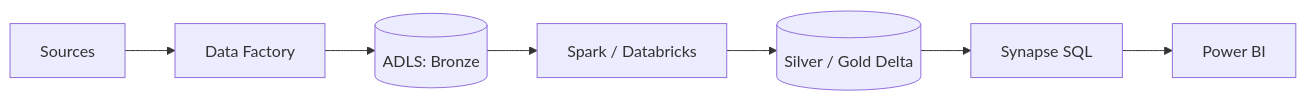
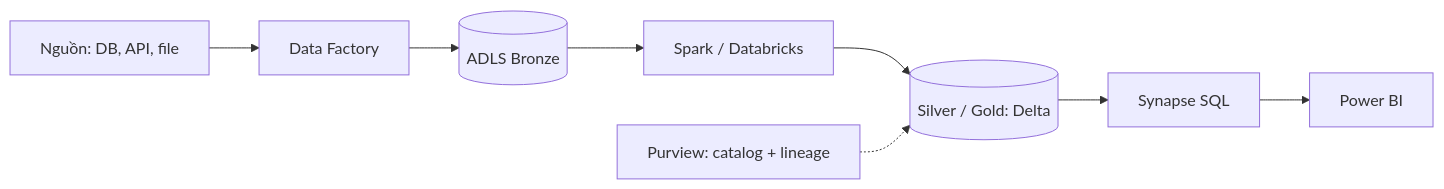
Before and after one commit to passion-Infinity/personal-tech-playbook: the diagram in src/assets/knowledge/playbooks/azure/azure-data-platform.md, drawn with Mermaid. The commit also changed other lines of this file and 6 other files, not shown here.

````diff
--- a/src/assets/knowledge/playbooks/azure/azure-data-platform.md
+++ b/src/assets/knowledge/playbooks/azure/azure-data-platform.md
@@ -17,6 +37,7 @@
 ```mermaid
 flowchart LR
-    SRC["Sources"] --> ADF["Data Factory"] --> BR[("ADLS: Bronze")]
-    BR --> SP["Spark / Databricks"] --> SI[("Silver / Gold Delta")]
+    SRC["Nguồn: DB, API, file"] --> ADF["Data Factory"] --> BR[("ADLS Bronze")]
+    BR --> SP["Spark / Databricks"] --> SI[("Silver / Gold: Delta")]
     SI --> SY["Synapse SQL"] --> PBI["Power BI"]
+    PUR["Purview: catalog + lineage"] -.-> SI
 ```
````
